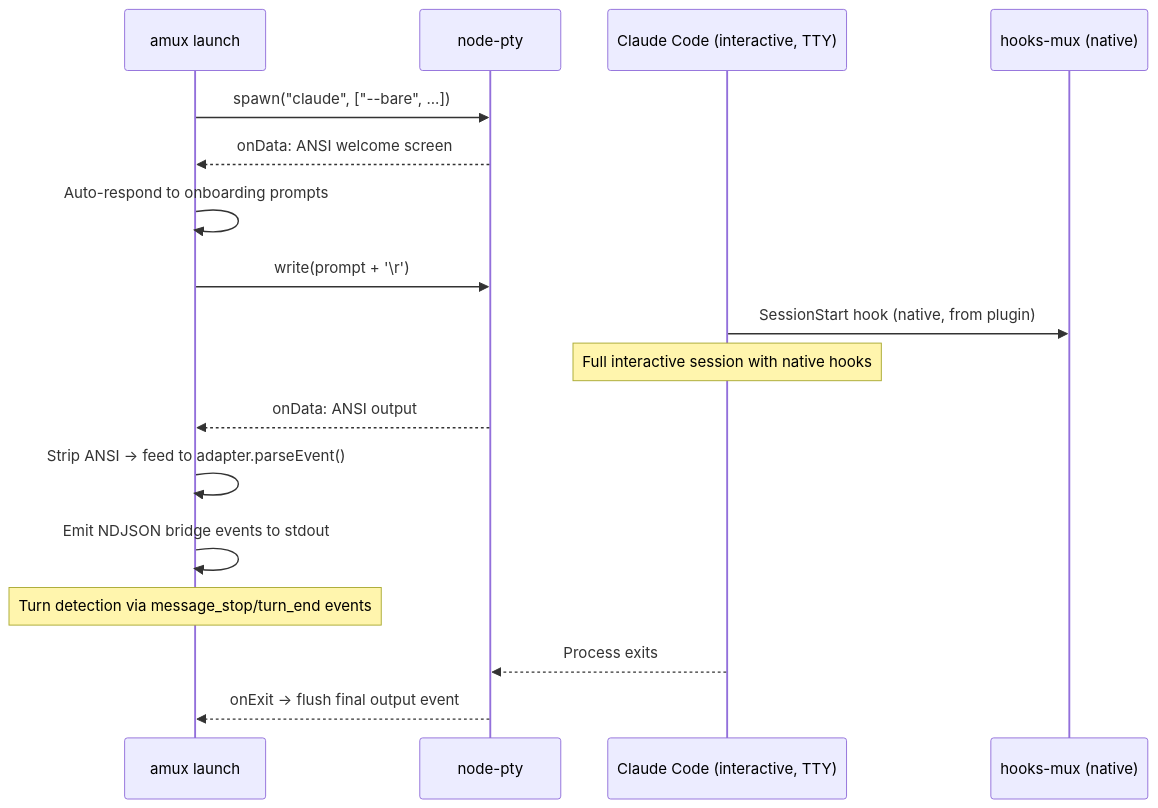
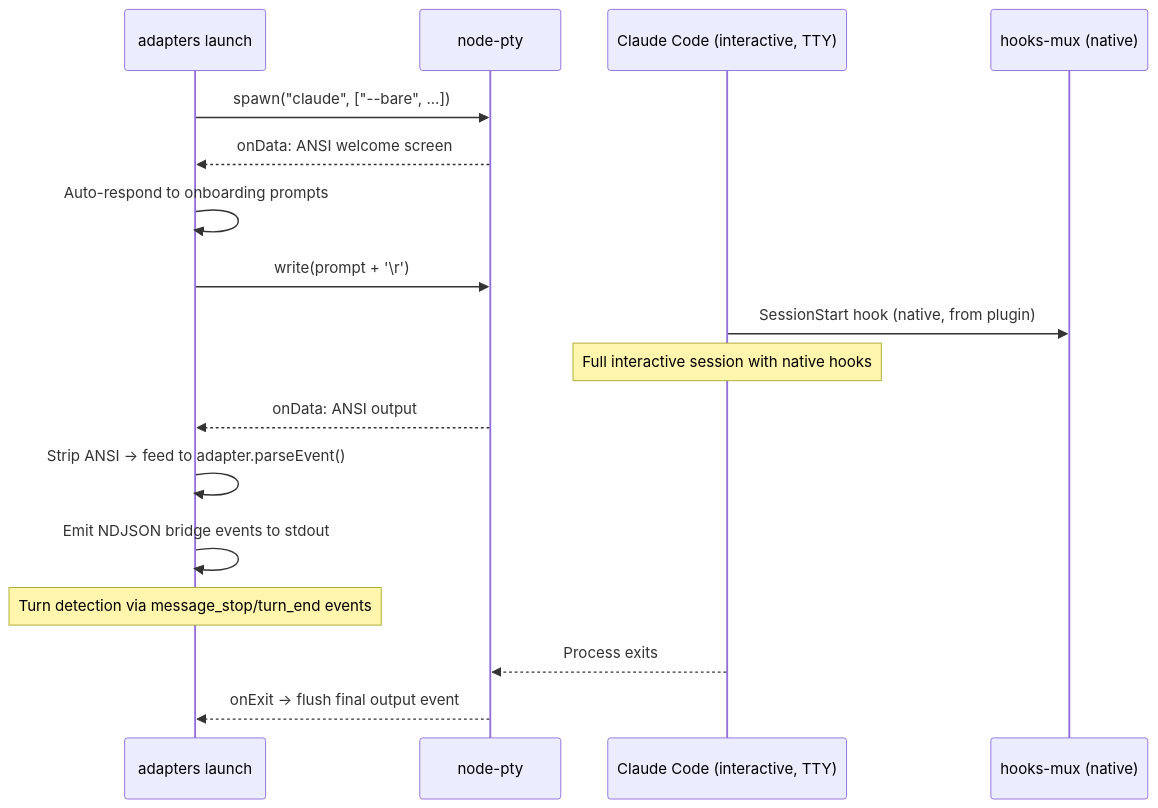
The ninth of 16 diagrams in docs/development/03-babysitter-plugin-flows.md (a5c-ai/babysitter), drawn with Mermaid before and after one commit. The commit also changed other lines of this file and 875 other files, not shown here.

First line of the commit message:
fix: complete adapter rename — amux→adapters, mux packages→*-adapter

````diff
--- a/docs/development/03-babysitter-plugin-flows.md
+++ b/docs/development/03-babysitter-plugin-flows.md
@@ -302,24 +302,24 @@
 ```mermaid
 sequenceDiagram
-    participant AM as amux launch
+    participant AM as adapters launch
     participant PTY as node-pty
     participant CC as Claude Code (interactive, TTY)
     participant HM as hooks-mux (native)
 
     AM->>PTY: spawn("claude", ["--bare", ...])
     PTY-->>AM: onData: ANSI welcome screen
     AM->>AM: Auto-respond to onboarding prompts
     AM->>PTY: write(prompt + '\r')
     
     CC->>HM: SessionStart hook (native, from plugin)
     Note over CC: Full interactive session with native hooks
     
     PTY-->>AM: onData: ANSI output
     AM->>AM: Strip ANSI → feed to adapter.parseEvent()
     AM->>AM: Emit NDJSON bridge events to stdout
     
     Note over AM: Turn detection via message_stop/turn_end events
     
     CC-->>PTY: Process exits
     PTY-->>AM: onExit → flush final output event
 ```
````
